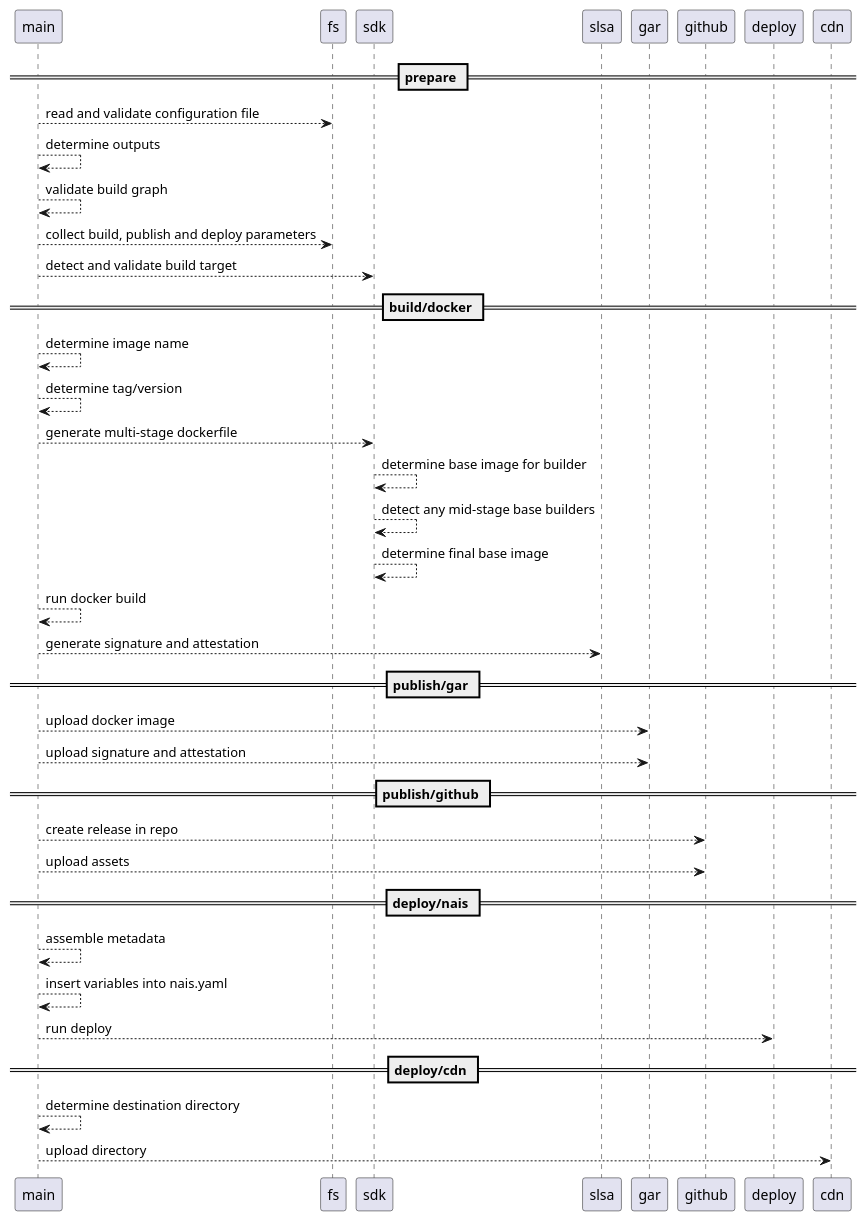
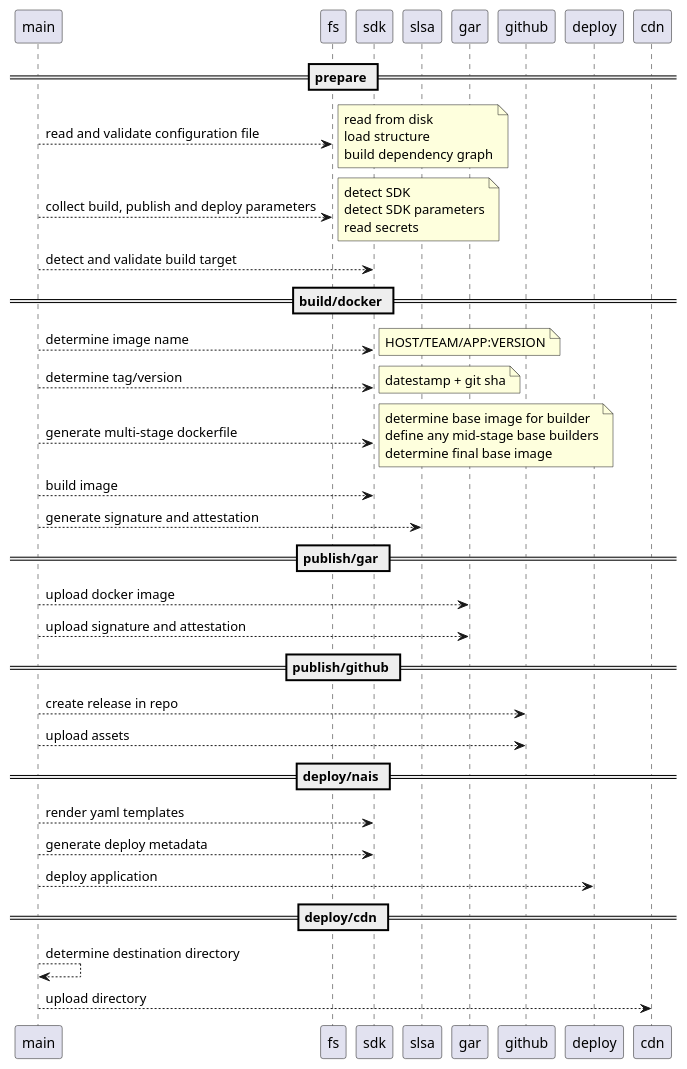
Before and after one commit to nais/build: the diagram in diagrams/build-process.puml, drawn with PlantUML.

Commit message:
Clean up build process diagram

```diff
--- a/diagrams/build-process.puml
+++ b/diagrams/build-process.puml
@@ -1,37 +1,44 @@
 @startuml
 
 == prepare ==
 main --> fs: read and validate configuration file
-main --> main: determine outputs
-main --> main: validate build graph
+note right: read from disk\n\
+load structure\n\
+build dependency graph
 main --> fs: collect build, publish and deploy parameters
+note right: detect SDK\n\
+detect SDK parameters\n\
+read secrets
 main --> sdk: detect and validate build target
 
 == build/docker ==
-main --> main: determine image name
-main --> main: determine tag/version
+main --> sdk: determine image name
+note right: HOST/TEAM/APP:VERSION
+main --> sdk: determine tag/version
+note right: datestamp + git sha
 main --> sdk: generate multi-stage dockerfile
-sdk --> sdk: determine base image for builder
-sdk --> sdk: detect any mid-stage base builders
-sdk --> sdk: determine final base image
-main --> main: run docker build
+note right: \
+determine base image for builder\n\
+define any mid-stage base builders\n\
+determine final base image
+main --> sdk: build image
 main --> slsa: generate signature and attestation
 
 == publish/gar ==
 main --> gar: upload docker image
 main --> gar: upload signature and attestation
 
 == publish/github ==
 main --> github: create release in repo
 main --> github: upload assets
 
 == deploy/nais ==
-main --> main: assemble metadata
-main --> main: insert variables into nais.yaml
-main --> deploy: run deploy
+main --> sdk: render yaml templates
+main --> sdk: generate deploy metadata
+main --> deploy: deploy application
 
 == deploy/cdn ==
 main --> main: determine destination directory
 main --> cdn: upload directory
 
 @enduml
```
